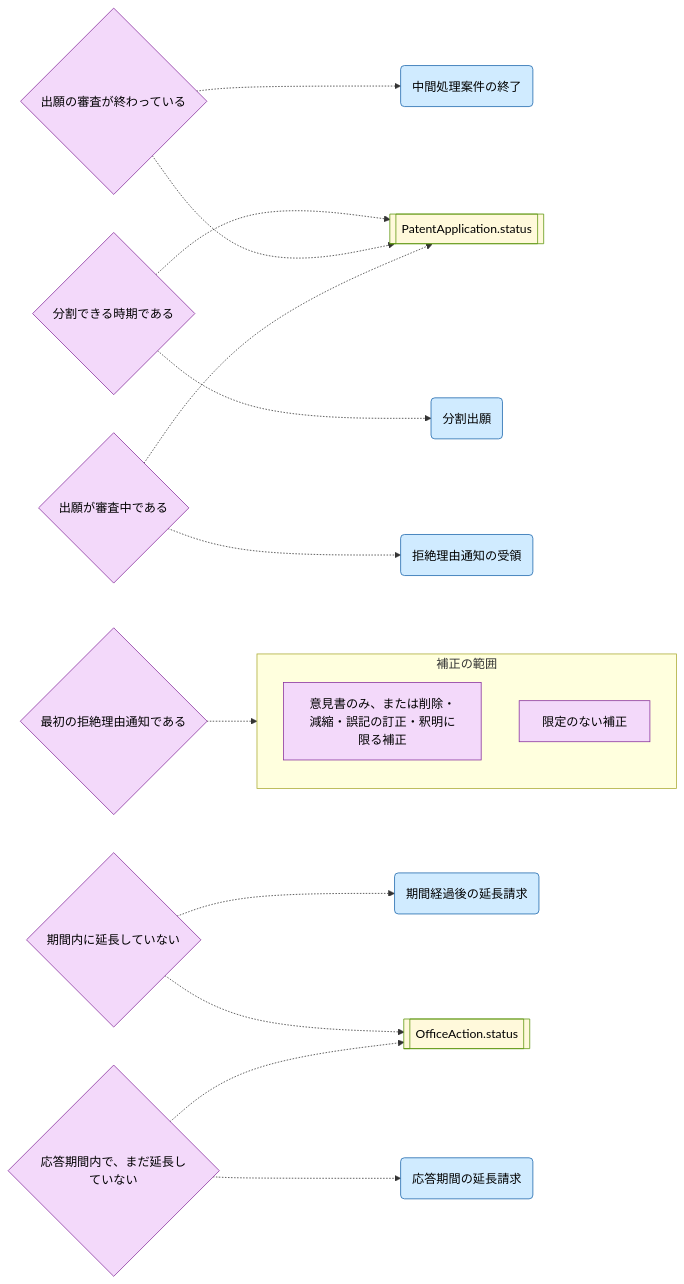
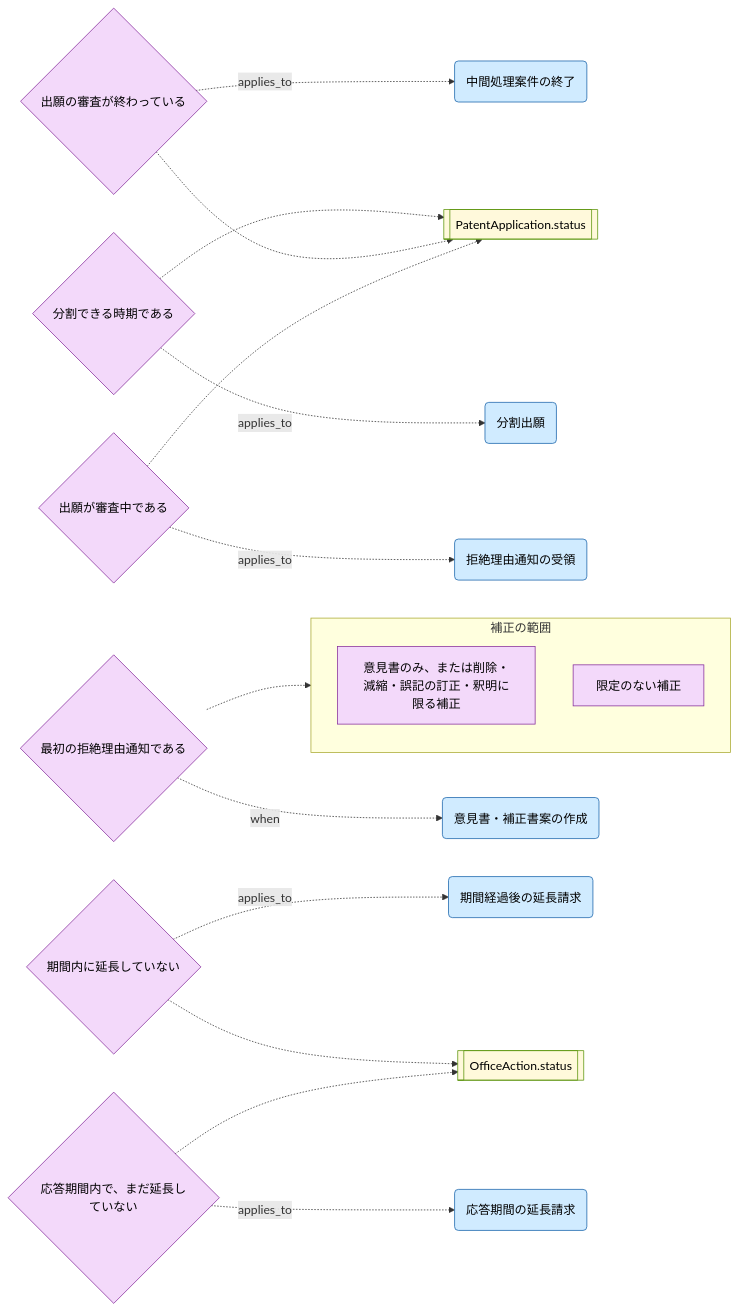
Before and after one commit to manji-0/rdra-ish-dsl: the diagram in samples/patent-ops/out/buc/condition_office_action.mmd, drawn with Mermaid. The commit also changed 29 other files, not shown here.

First line of the commit message:
feat(emit): draw a .when guard as a when edge from the condition to the use case

```diff
--- a/samples/patent-ops/out/buc/condition_office_action.mmd
+++ b/samples/patent-ops/out/buc/condition_office_action.mmd
@@ -1,54 +1,58 @@
 %% rdra-ish diagram=condition scope=buc:BucOfficeAction model=samples/patent-ops
 %% kinds: condition statemodel variation value usecase
 %% omitted: (none)
 flowchart LR
   condition__DivisionPossible{"分割できる時期である"}:::condition
   %% holds condition__DivisionPossible: PatentApplication.status in (出願済（方式審査）, 審査請求済（審査中）, 特許査定, 拒絶査定)
   condition__ExaminationOver{"出願の審査が終わっている"}:::condition
   %% holds condition__ExaminationOver: PatentApplication.status not in (出願済（方式審査）, 手続補正指令への対応中, 審査請求済（審査中）)
   condition__FirstNoticeOnly{"最初の拒絶理由通知である"}:::condition
   %% holds condition__FirstNoticeOnly: OfficeAction.kind == 最初
   condition__NotExtendedWithinTerm{"期間内に延長していない"}:::condition
   %% holds condition__NotExtendedWithinTerm: OfficeAction.status == 期間経過（延長請求可）, OfficeAction.extended == false
   condition__UnderExamination{"出願が審査中である"}:::condition
   %% holds condition__UnderExamination: PatentApplication.status == 審査請求済（審査中）
   condition__WithinTermNotExtended{"応答期間内で、まだ延長していない"}:::condition
   %% holds condition__WithinTermNotExtended: OfficeAction.status == 応答期間中, OfficeAction.extended == false, OfficeAction.late_extended == false
   statemodel__OfficeAction_status[["OfficeAction.status"]]:::statemodel
   statemodel__PatentApplication_status[["PatentApplication.status"]]:::statemodel
   subgraph variation__AmendmentScope["補正の範囲"]
     variation__AmendmentScope__limited["意見書のみ、または削除・減縮・誤記の訂正・釈明に限る補正"]:::value
     variation__AmendmentScope__free["限定のない補正"]:::value
   end
   usecase__CloseOfficeActionDocket("中間処理案件の終了"):::usecase
   %% desc usecase__CloseOfficeActionDocket: 査定・取下げで出願の審査が終わった後、応答済の拒絶理由通知の案件を閉じる。
+  usecase__DraftResponse("意見書・補正書案の作成"):::usecase
+  %% desc usecase__DraftResponse: 弁理士が意見書と、必要なら補正書の案を作る。補正の範囲は、限定のない補正か、請求項の削除・減縮・誤記の訂正・釈明に限った補正（または意見書だけ）かを選ぶ。最後の拒絶理由通知には限った補正だけが使える。
   usecase__FileDivisionalApplication("分割出願"):::usecase
   %% desc usecase__FileDivisionalApplication: 補正できる時期、特許査定の謄本から30日、最初の拒絶査定の謄本から3月の間に、出願の一部を新たな出願にする。
   usecase__ReceiveOfficeAction("拒絶理由通知の受領"):::usecase
   %% desc usecase__ReceiveOfficeAction: 拒絶理由通知書を受け取り、応答期間の管理を始める。
   usecase__RequestLateExtension("期間経過後の延長請求"):::usecase
   %% desc usecase__RequestLateExtension: 応答期間の経過後2か月以内に延長を請求し、2か月の応答期間を得る。
   usecase__RequestTermExtension("応答期間の延長請求"):::usecase
   %% desc usecase__RequestTermExtension: 応答期間内に期間延長請求書を出し、2か月延長する。
-  condition__DivisionPossible -.-> usecase__FileDivisionalApplication
+  condition__DivisionPossible -.->|applies_to| usecase__FileDivisionalApplication
   condition__DivisionPossible -.-> statemodel__PatentApplication_status
   %% derived condition__DivisionPossible -> statemodel__PatentApplication_status from holds
-  condition__ExaminationOver -.-> usecase__CloseOfficeActionDocket
+  condition__ExaminationOver -.->|applies_to| usecase__CloseOfficeActionDocket
   condition__ExaminationOver -.-> statemodel__PatentApplication_status
   %% derived condition__ExaminationOver -> statemodel__PatentApplication_status from holds
   condition__FirstNoticeOnly -.-> variation__AmendmentScope
   %% derived condition__FirstNoticeOnly -> variation__AmendmentScope from when
-  condition__NotExtendedWithinTerm -.-> usecase__RequestLateExtension
+  condition__FirstNoticeOnly -.->|when| usecase__DraftResponse
+  %% derived condition__FirstNoticeOnly -> usecase__DraftResponse via chooses OfficeAction.amendment free
+  condition__NotExtendedWithinTerm -.->|applies_to| usecase__RequestLateExtension
   condition__NotExtendedWithinTerm -.-> statemodel__OfficeAction_status
   %% derived condition__NotExtendedWithinTerm -> statemodel__OfficeAction_status from holds
-  condition__UnderExamination -.-> usecase__ReceiveOfficeAction
+  condition__UnderExamination -.->|applies_to| usecase__ReceiveOfficeAction
   condition__UnderExamination -.-> statemodel__PatentApplication_status
   %% derived condition__UnderExamination -> statemodel__PatentApplication_status from holds
-  condition__WithinTermNotExtended -.-> usecase__RequestTermExtension
+  condition__WithinTermNotExtended -.->|applies_to| usecase__RequestTermExtension
   condition__WithinTermNotExtended -.-> statemodel__OfficeAction_status
   %% derived condition__WithinTermNotExtended -> statemodel__OfficeAction_status from holds
   classDef condition fill:#f3d9fa,stroke:#862e9c,color:#000;
   classDef statemodel fill:#fff9db,stroke:#5c940d,color:#000;
   classDef variation fill:#f3d9fa,stroke:#862e9c,color:#000;
   classDef value fill:#f3d9fa,stroke:#862e9c,color:#000;
   classDef usecase fill:#d0ebff,stroke:#1864ab,color:#000;
```
